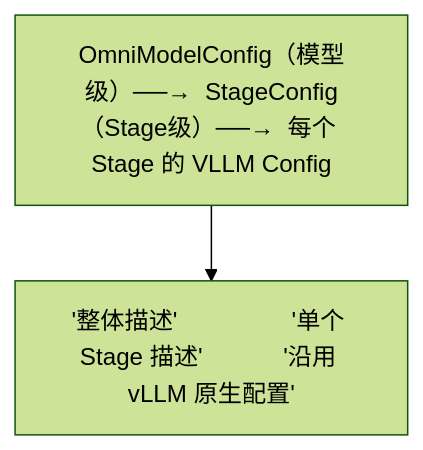
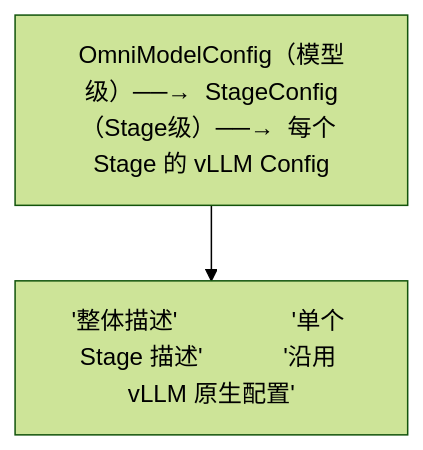
One commit to keyuanweb/ai-learning-path changed the diagram in vllm-omni-learning-path/01-项目总览与入口/03-配置系统.md. Above: the diagram before and after it, drawn with Mermaid (forest theme). The commit also changed other lines of this file and 176 other files, not shown here.

First line of the commit message:
docs: 全仓库文档校对修复——错别字/失效链接/Mermaid图/源码引用

````diff
--- a/vllm-omni-learning-path/01-项目总览与入口/03-配置系统.md
+++ b/vllm-omni-learning-path/01-项目总览与入口/03-配置系统.md
@@ -12,6 +12,6 @@
 ```mermaid
 flowchart TD
-  n0["OmniModelConfig（模型级）──→  StageConfig（Stage级）──→  每个 Stage 的 VLLM Config"]
+  n0["OmniModelConfig（模型级）──→  StageConfig（Stage级）──→  每个 Stage 的 vLLM Config"]
   n1["'整体描述'                 '单个 Stage 描述'            '沿用 vLLM 原生配置'"]
   n0 --> n1
 ```
````
